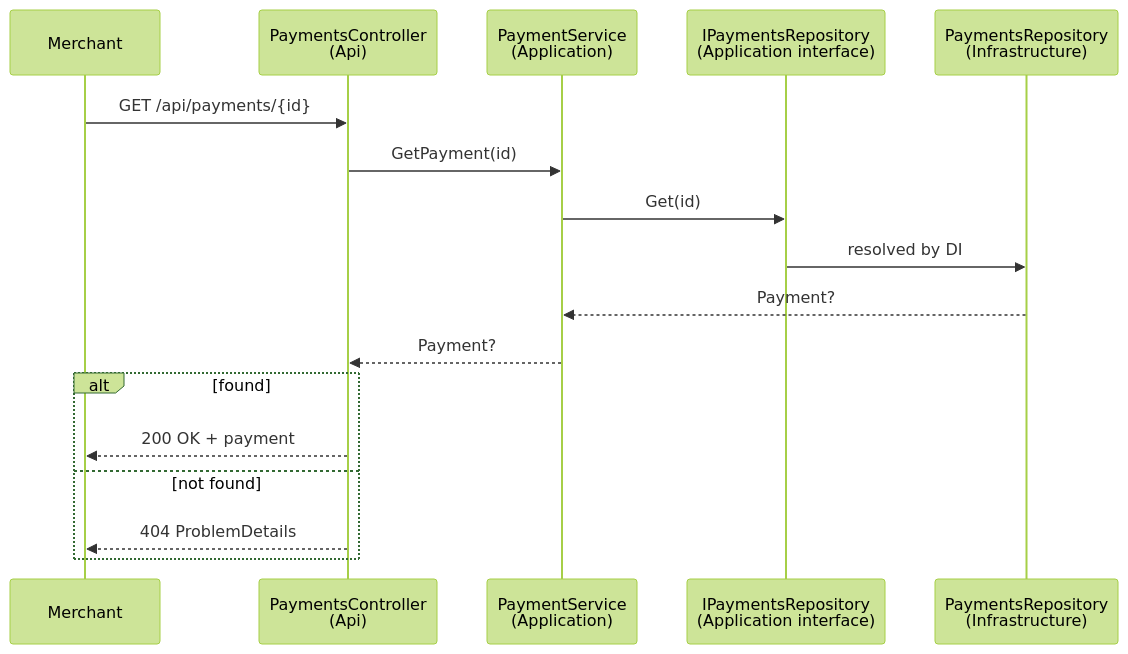
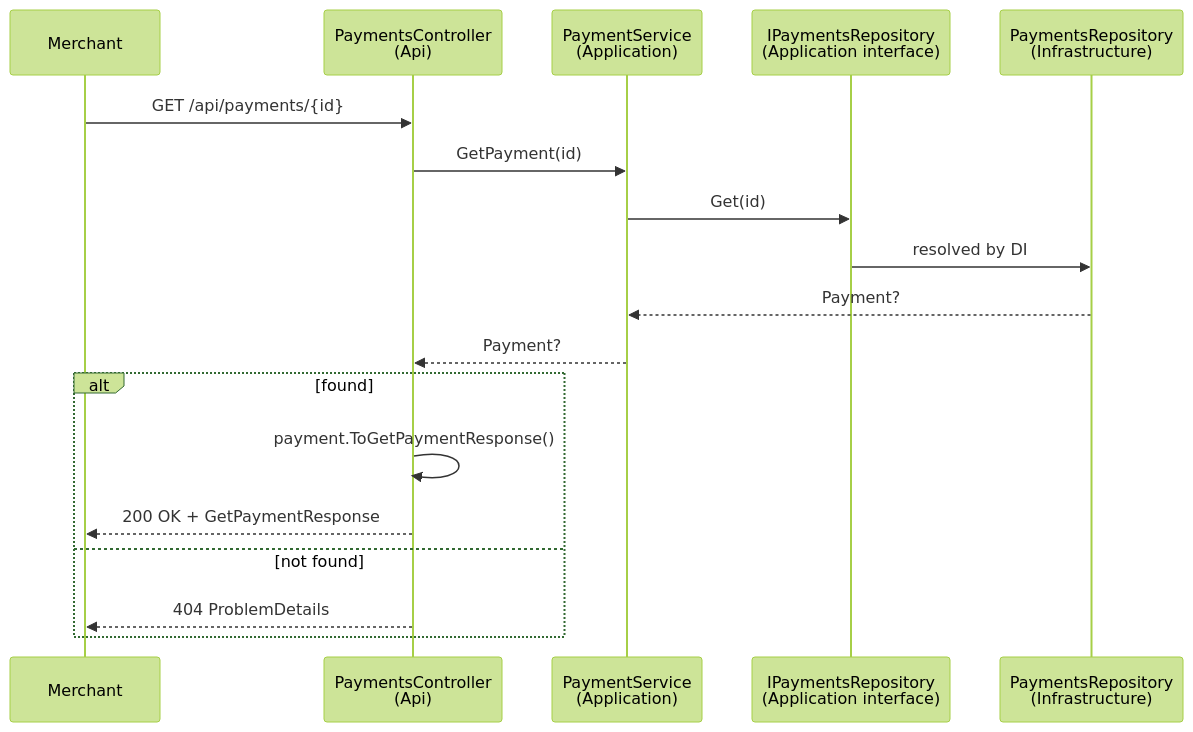
One commit to SuleCodes/payment-gateway-challenge-dotnet-main changed the second of 2 diagrams in README-TECH.md. Above: the diagram before and after it, drawn with Mermaid (forest theme). The commit also changed other lines of this file and 2 other files, not shown here.

````diff
--- a/README-TECH.md
+++ b/README-TECH.md
@@ -66,20 +66,21 @@
 ```mermaid
 sequenceDiagram
     participant Client as Merchant
     participant C as PaymentsController<br/>(Api)
     participant S as PaymentService<br/>(Application)
     participant R as IPaymentsRepository<br/>(Application interface)
     participant Impl as PaymentsRepository<br/>(Infrastructure)
 
     Client->>C: GET /api/payments/{id}
     C->>S: GetPayment(id)
     S->>R: Get(id)
     R->>Impl: resolved by DI
     Impl-->>S: Payment?
     S-->>C: Payment?
     alt found
-        C-->>Client: 200 OK + payment
+        C->>C: payment.ToGetPaymentResponse()
+        C-->>Client: 200 OK + GetPaymentResponse
     else not found
         C-->>Client: 404 ProblemDetails
     end
 ```
````
